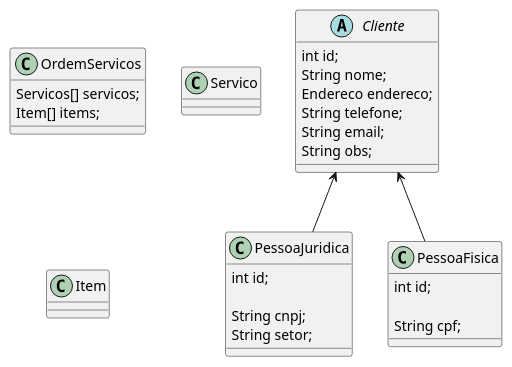
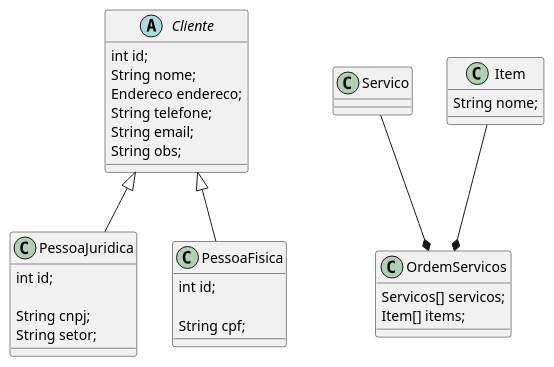
The diagram in diagramas/class-diagram.puml (CS-PI-2026-Argonautas/docs), drawn with PlantUML before and after one commit.

Commit message:
feat(class-diagram): altering relationship arrows

```diff
--- a/diagramas/class-diagram.puml
+++ b/diagramas/class-diagram.puml
@@ -1,43 +1,46 @@
 @startuml class
 
 abstract class Cliente{
   int id;
   String nome;
   Endereco endereco;
   String telefone;
   String email;
   String obs;
 
 }
 
 class PessoaJuridica {
   int id;
   
   String cnpj;
   String setor;
 }
 
 class PessoaFisica{
   int id;
 
   String cpf;
 }
 
 class OrdemServicos{
   Servicos[] servicos;
   Item[] items;
 
 }
 
 class Servico{
 
 }
 
 class Item{
+  String nome;
   
 }
 
-Cliente <-- PessoaFisica
-Cliente <-- PessoaJuridica
+Cliente <|-- PessoaFisica
+Cliente <|-- PessoaJuridica
+Servico --* OrdemServicos
+Item --* OrdemServicos
 
 @enduml
```
